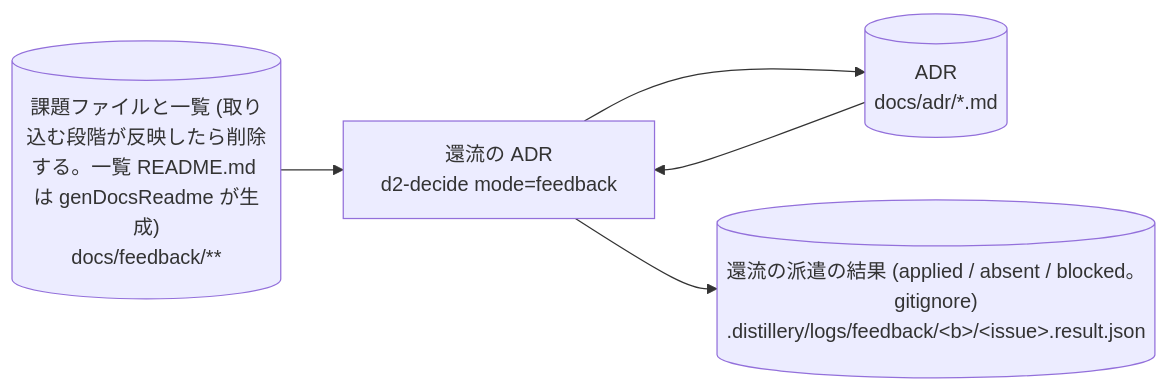
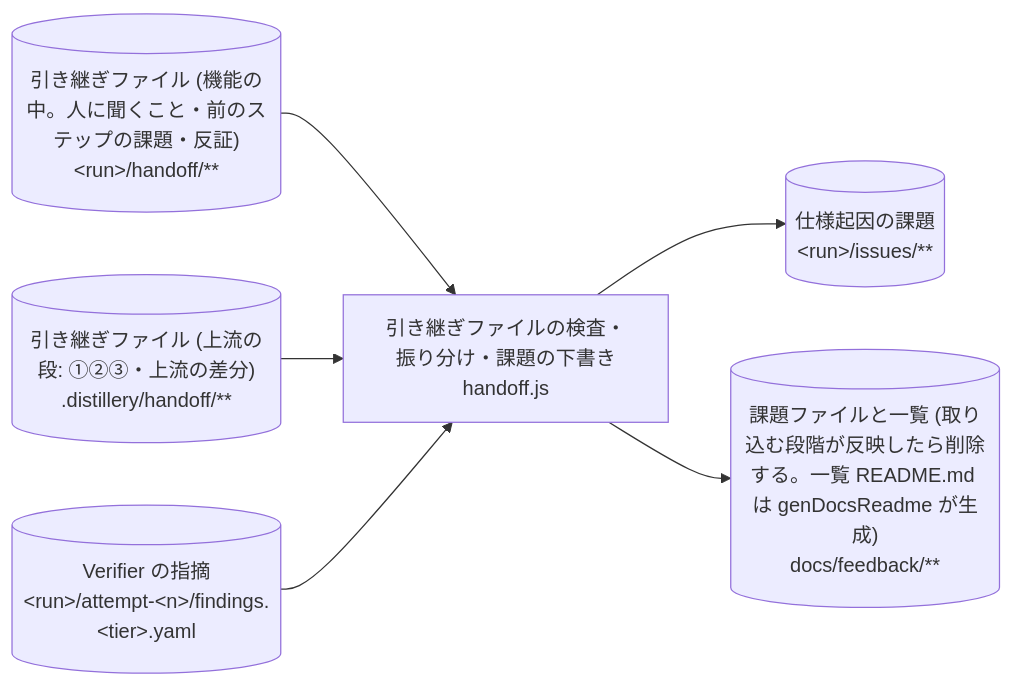
Before and after one commit to suwa-sh/suwa-sh-claude-plugins: diagram 35 of 50 in plugins/distillery2/skills/d2-common/references/dataflow.md, drawn with Mermaid. The commit also changed other lines of this file and 12 other files, not shown here.

````diff
--- a/plugins/distillery2/skills/d2-common/references/dataflow.md
+++ b/plugins/distillery2/skills/d2-common/references/dataflow.md
@@ -894,11 +893,14 @@
 ```mermaid
 flowchart LR
-  p_decide_feedback["還流の ADR<br/>d2-decide mode=feedback"]
+  p_run_handoff["引き継ぎファイルの検査・振り分け・課題の下書き<br/>handoff.js"]
+  s_handoff_run[("引き継ぎファイル (機能の中。人に聞くこと・前のステップの課題・反証)<br/>#lt;run#gt;/handoff/**")]
+  s_handoff_upstream[("引き継ぎファイル (上流の段: ①②③・上流の差分)<br/>.distillery/handoff/**")]
+  s_findings[("Verifier の指摘<br/>#lt;run#gt;/attempt-#lt;n#gt;/findings.#lt;tier#gt;.yaml")]
+  s_issues[("仕様起因の課題<br/>#lt;run#gt;/issues/**")]
   s_feedback_docs[("課題ファイルと一覧 (取り込む段階が反映したら削除する。一覧 README.md は genDocsReadme が生成)<br/>docs/feedback/**")]
-  s_adr[("ADR<br/>docs/adr/*.md")]
-  s_feedback_result[("還流の派遣の結果 (applied / absent / blocked。gitignore)<br/>.distillery/logs/feedback/#lt;b#gt;/#lt;issue#gt;.result.json")]
-  s_feedback_docs --> p_decide_feedback
-  s_adr --> p_decide_feedback
-  p_decide_feedback --> s_adr
-  p_decide_feedback --> s_feedback_result
+  s_handoff_run --> p_run_handoff
+  s_handoff_upstream --> p_run_handoff
+  s_findings --> p_run_handoff
+  p_run_handoff --> s_issues
+  p_run_handoff --> s_feedback_docs
 ```
````
